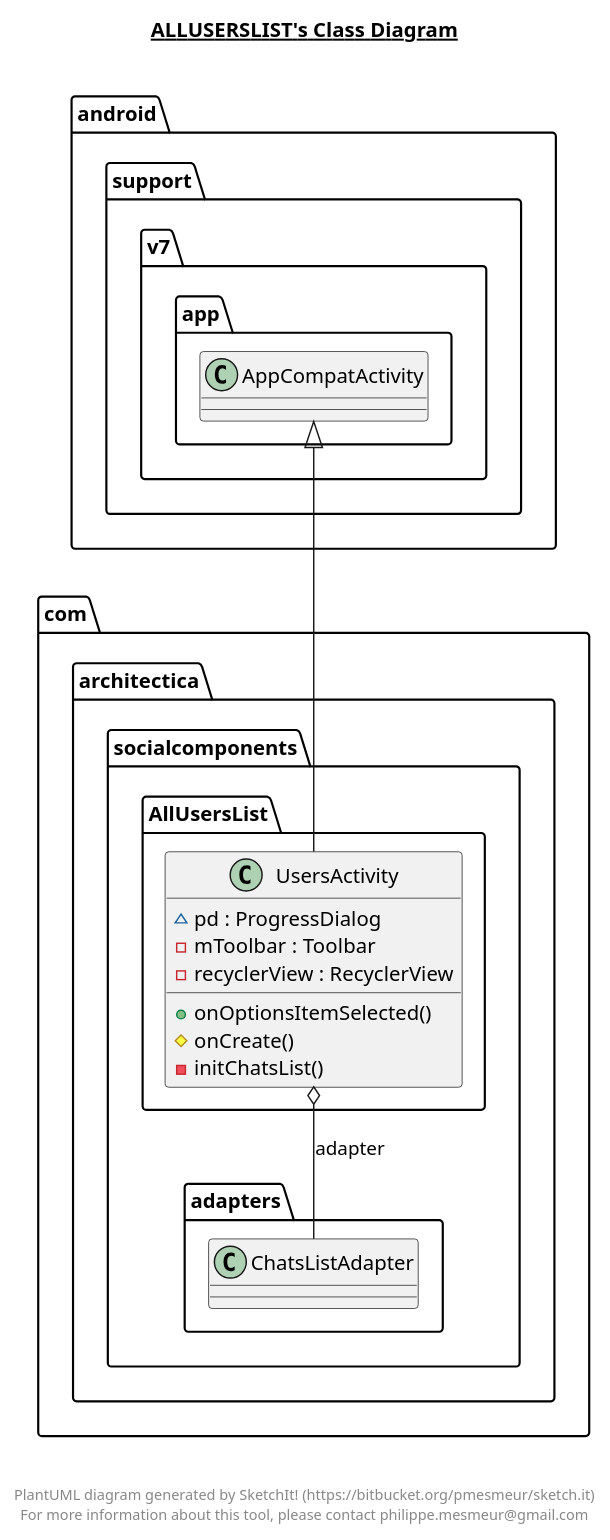
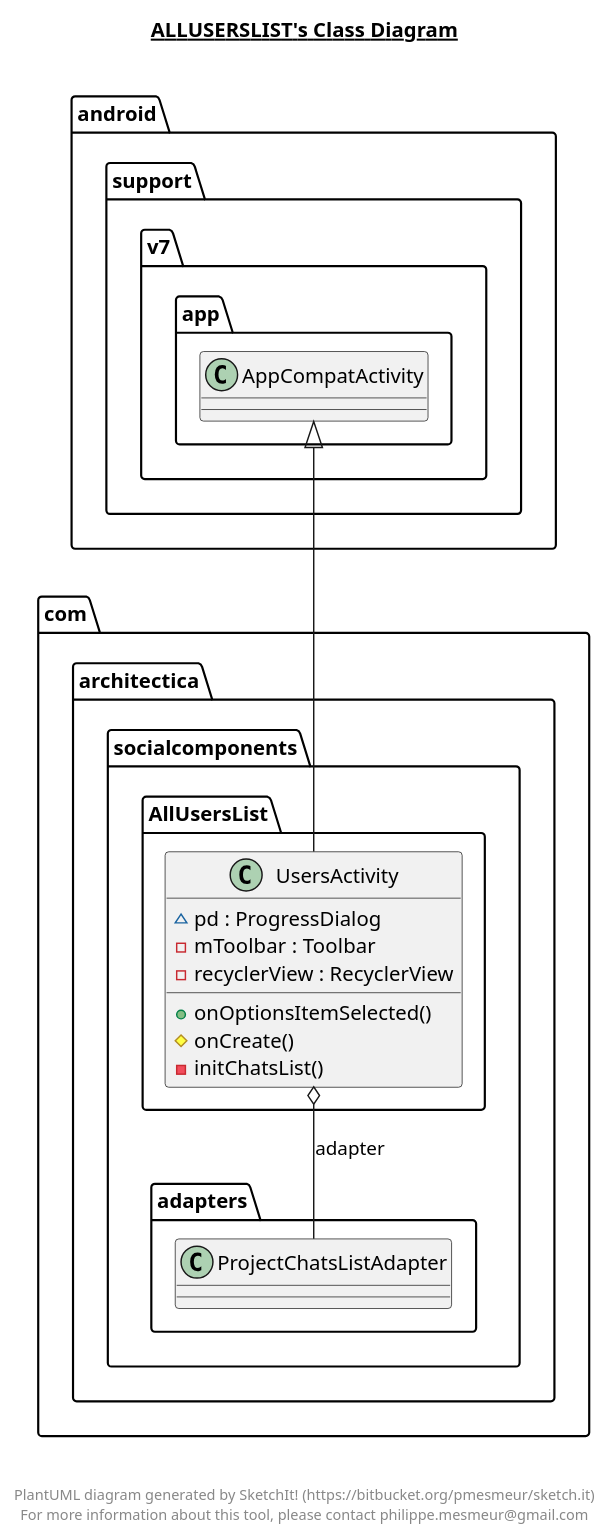
One commit to AryaAshish/ryft changed the diagram in app/src/main/java/com/architectica/socialcomponents/AllUsersList/AllUsersList.plantuml. Above: the diagram before and after it, drawn with PlantUML. The commit also changed 157 other files, not shown here.

```diff
--- a/app/src/main/java/com/architectica/socialcomponents/AllUsersList/AllUsersList.plantuml
+++ b/app/src/main/java/com/architectica/socialcomponents/AllUsersList/AllUsersList.plantuml
@@ -1,30 +1,30 @@
 @startuml
 
 title __ALLUSERSLIST's Class Diagram__\n
 
   namespace com.architectica.socialcomponents {
     namespace AllUsersList {
       class com.architectica.socialcomponents.AllUsersList.UsersActivity {
           ~ pd : ProgressDialog
           - mToolbar : Toolbar
           - recyclerView : RecyclerView
           + onOptionsItemSelected()
           # onCreate()
           - initChatsList()
       }
     }
   }
   
 
   com.architectica.socialcomponents.AllUsersList.UsersActivity -up-|> android.support.v7.app.AppCompatActivity
-  com.architectica.socialcomponents.AllUsersList.UsersActivity o-- com.architectica.socialcomponents.adapters.ChatsListAdapter : adapter
+  com.architectica.socialcomponents.AllUsersList.UsersActivity o-- com.architectica.socialcomponents.adapters.ProjectChatsListAdapter : adapter
 
 
 right footer
 
 
 PlantUML diagram generated by SketchIt! (https://bitbucket.org/pmesmeur/sketch.it)
 For more information about this tool, please contact philippe.mesmeur@gmail.com
 endfooter
 
 @enduml
```
